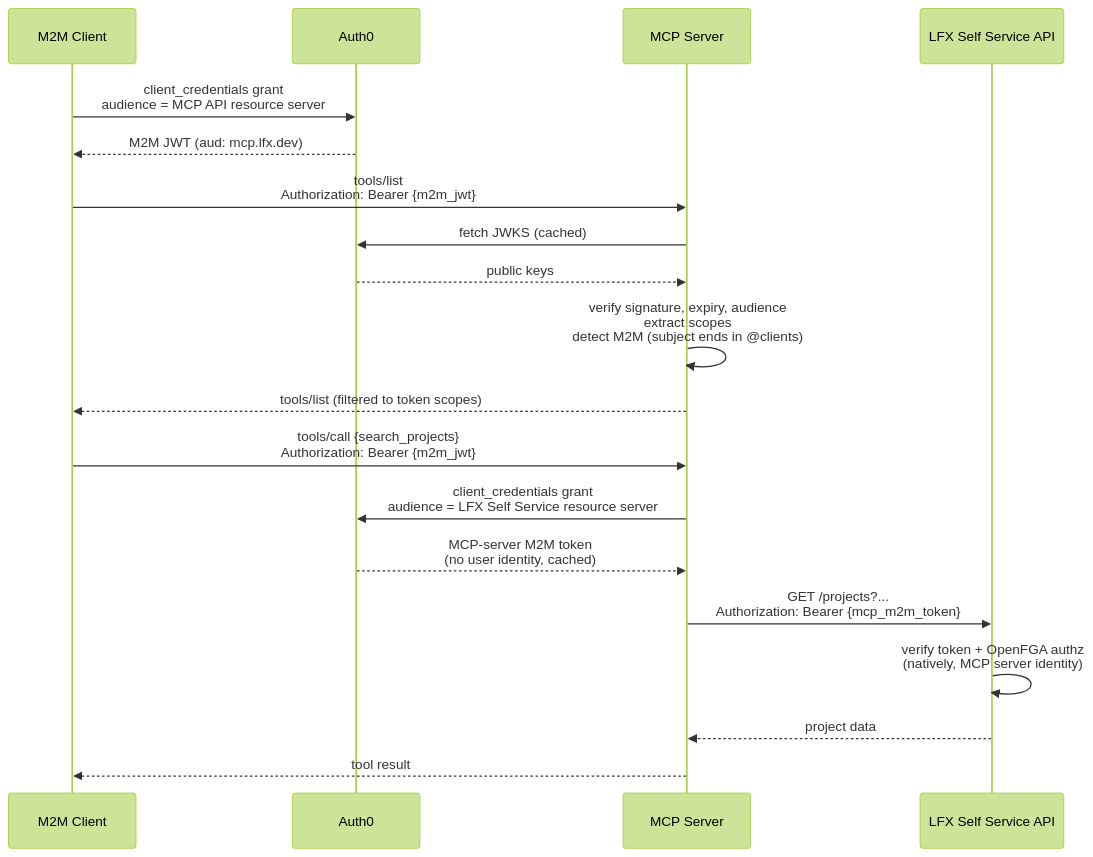
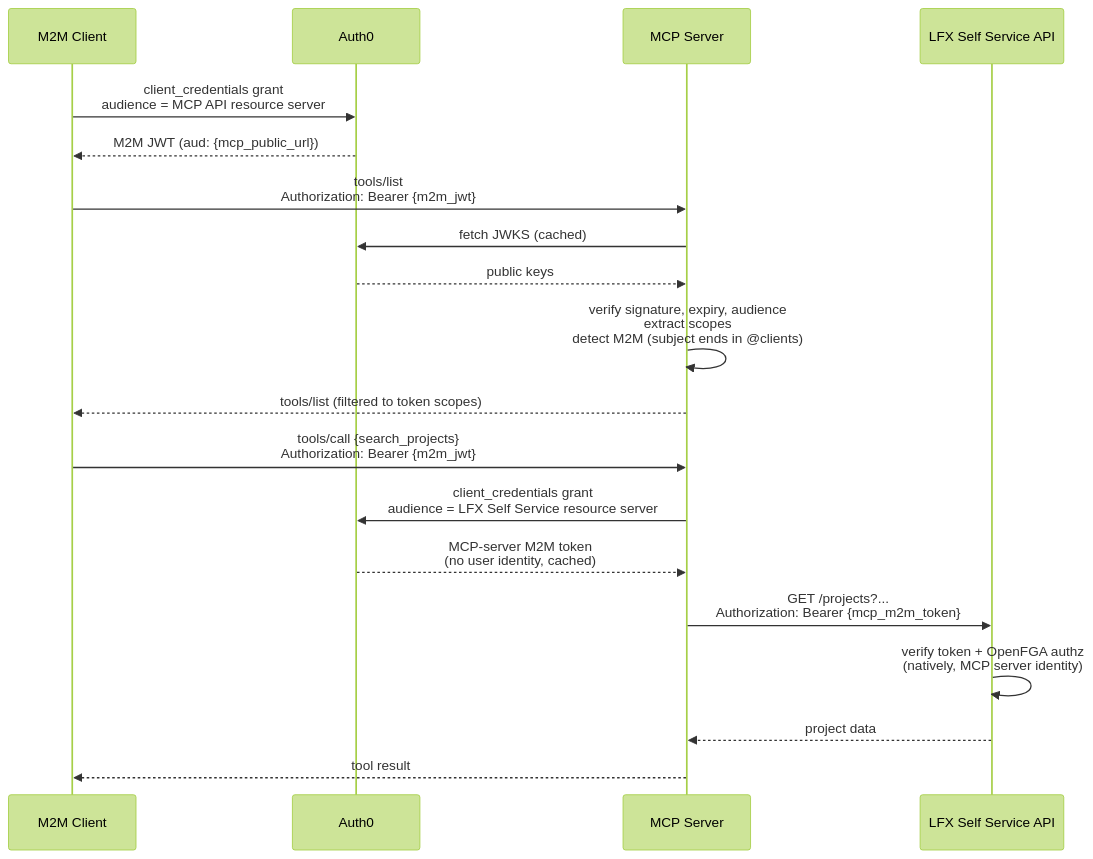
Before and after one commit to linuxfoundation/lfx-mcp: the fourth of 5 diagrams in ARCHITECTURE.md, drawn with Mermaid (forest theme). The commit also changed other lines of this file, not shown here.

First line of the commit message:
docs: address PR review comments on ARCHITECTURE.md

````diff
--- a/ARCHITECTURE.md
+++ b/ARCHITECTURE.md
@@ -241,26 +241,26 @@
 ```mermaid
 sequenceDiagram
     participant Client as M2M Client
     participant Auth0
     participant MCP as MCP Server
     participant LFX as LFX Self Service API
 
     Client->>Auth0: client_credentials grant<br />audience = MCP API resource server
-    Auth0-->>Client: M2M JWT (aud: mcp.lfx.dev)
+    Auth0-->>Client: M2M JWT (aud: {mcp_public_url})
 
     Client->>MCP: tools/list<br />Authorization: Bearer {m2m_jwt}
     MCP->>Auth0: fetch JWKS (cached)
     Auth0-->>MCP: public keys
     MCP->>MCP: verify signature, expiry, audience<br />extract scopes<br />detect M2M (subject ends in @clients)
     MCP-->>Client: tools/list (filtered to token scopes)
 
     Client->>MCP: tools/call {search_projects}<br />Authorization: Bearer {m2m_jwt}
 
     MCP->>Auth0: client_credentials grant<br />audience = LFX Self Service resource server
     Auth0-->>MCP: MCP-server M2M token<br />(no user identity, cached)
 
     MCP->>LFX: GET /projects?...<br />Authorization: Bearer {mcp_m2m_token}
     LFX->>LFX: verify token + OpenFGA authz<br />(natively, MCP server identity)
     LFX-->>MCP: project data
     MCP-->>Client: tool result
 ```
````
